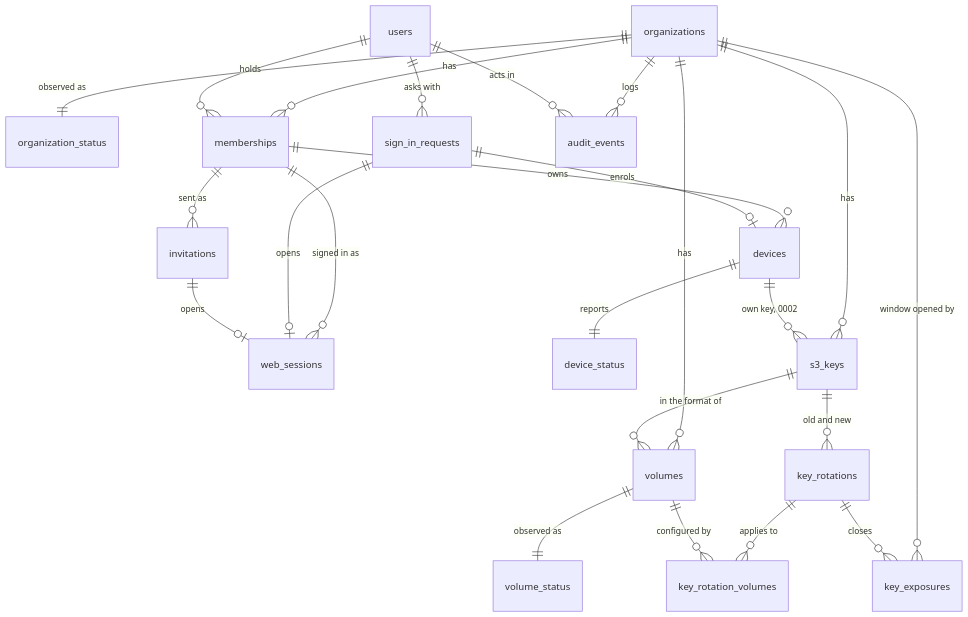
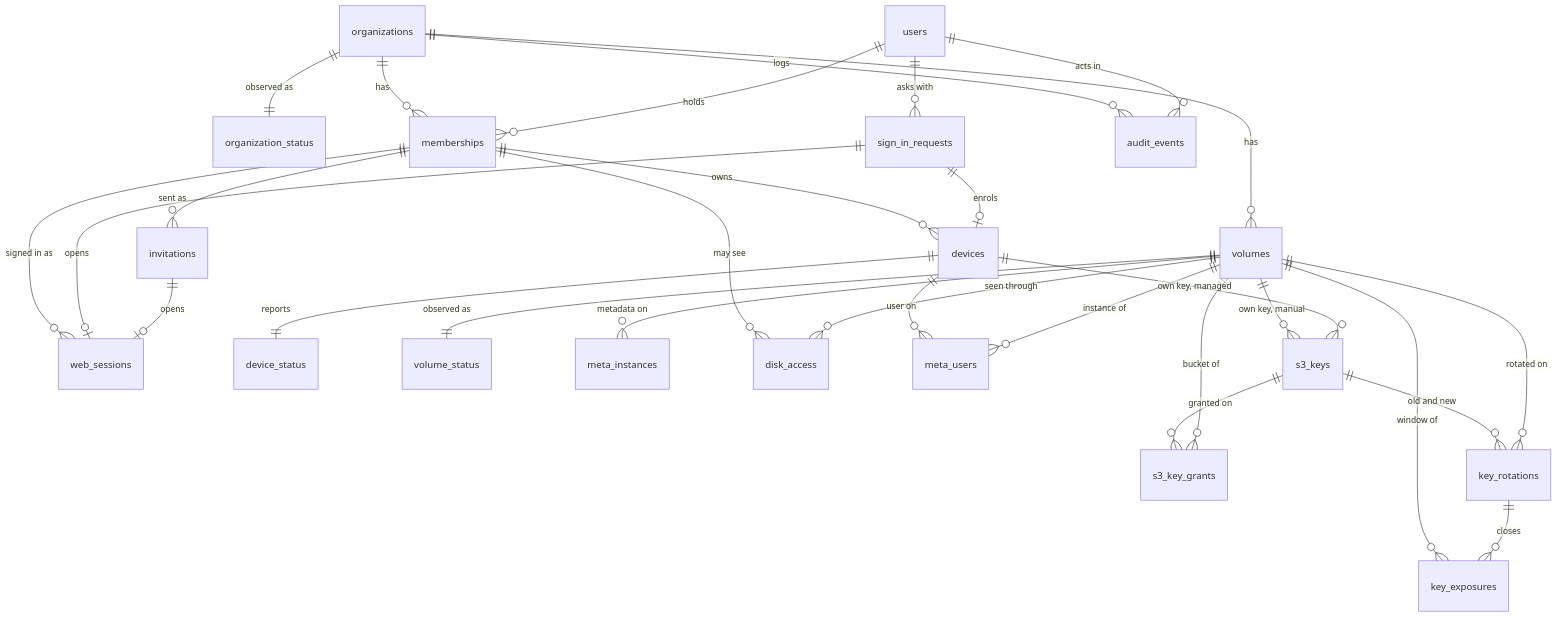
One commit to essedev/floppy changed the diagram in docs/DATABASE_SCHEMA.md. Above: the diagram before and after it, drawn with Mermaid. The commit also changed other lines of this file and 3 other files, not shown here.

````diff
--- a/docs/DATABASE_SCHEMA.md
+++ b/docs/DATABASE_SCHEMA.md
@@ -93,26 +114,31 @@
 ```mermaid
 erDiagram
   organizations ||--|| organization_status : "observed as"
   organizations ||--o{ memberships : has
   users ||--o{ memberships : holds
   memberships ||--o{ invitations : "sent as"
   memberships ||--o{ web_sessions : "signed in as"
   memberships ||--o{ devices : owns
   users ||--o{ sign_in_requests : "asks with"
   sign_in_requests ||--o| web_sessions : opens
   invitations ||--o| web_sessions : opens
   sign_in_requests ||--o| devices : enrols
   devices ||--|| device_status : "reports"
   organizations ||--o{ volumes : has
   volumes ||--|| volume_status : "observed as"
-  organizations ||--o{ s3_keys : has
-  s3_keys ||--o{ volumes : "in the format of"
-  devices ||--o{ s3_keys : "own key, 0002"
+  volumes ||--o{ meta_instances : "metadata on"
+  memberships ||--o{ disk_access : "may see"
+  volumes ||--o{ disk_access : "seen through"
+  devices ||--o{ meta_users : "user on"
+  volumes ||--o{ meta_users : "instance of"
+  volumes ||--o{ s3_keys : "own key, manual"
+  devices ||--o{ s3_keys : "own key, managed"
+  s3_keys ||--o{ s3_key_grants : "granted on"
+  volumes ||--o{ s3_key_grants : "bucket of"
   s3_keys ||--o{ key_rotations : "old and new"
-  key_rotations ||--o{ key_rotation_volumes : "applies to"
-  volumes ||--o{ key_rotation_volumes : "configured by"
-  organizations ||--o{ key_exposures : "window opened by"
+  volumes ||--o{ key_rotations : "rotated on"
+  volumes ||--o{ key_exposures : "window of"
   key_rotations ||--o{ key_exposures : closes
   organizations ||--o{ audit_events : logs
   users ||--o{ audit_events : "acts in"
 ```
````
